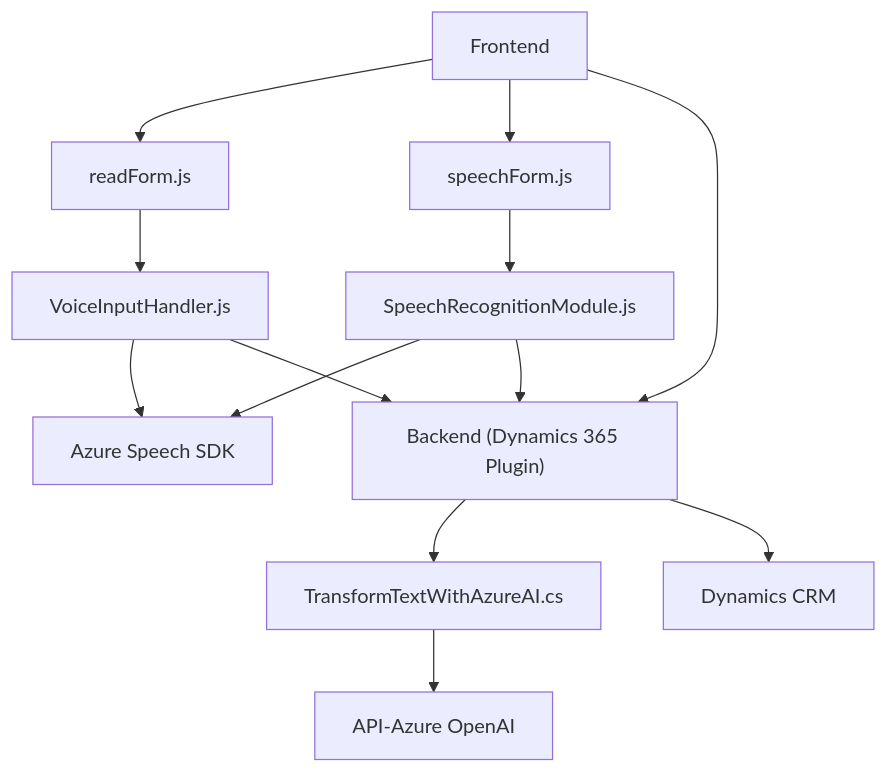
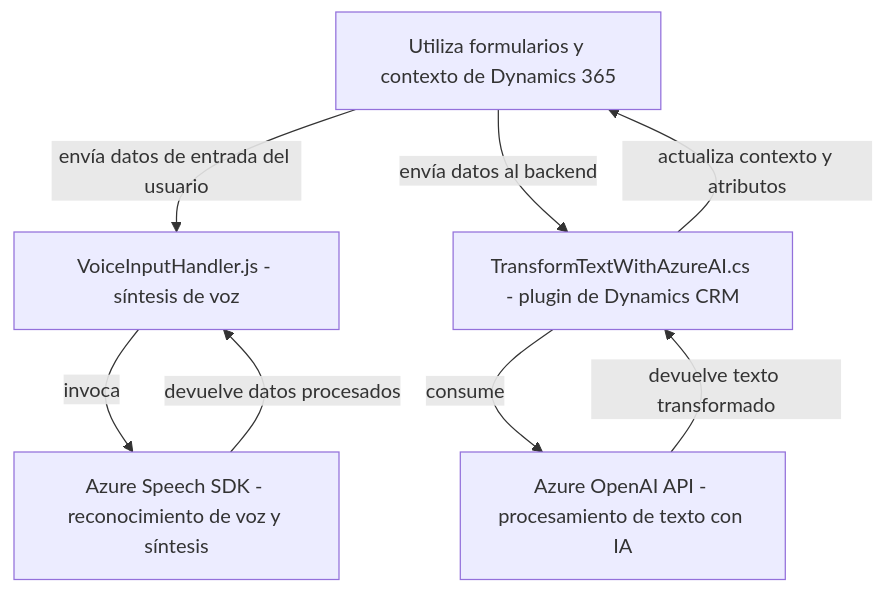
The diagram in README.md (blopezdm/NETCORE_BILBAO2025), drawn with Mermaid before and after one commit. The commit also changed other lines of this file, not shown here.

Commit message:
Actualizar análisis global de la solución con IA

````diff
--- a/README.md
+++ b/README.md
@@ -44,15 +54,11 @@
 ```mermaid
 graph TD
-    A["Frontend"] --> B["readForm.js"]
-    A --> C["speechForm.js"]
-    B --> D["VoiceInputHandler.js"]
-    C --> E["SpeechRecognitionModule.js"]
-    D --> F["Azure Speech SDK"]
-    E --> F
-    A --> G["Backend (Dynamics 365 Plugin)"]
-    G --> H["TransformTextWithAzureAI.cs"]
-    H --> I["API-Azure OpenAI"]
-    D --> G
-    E --> G
-    G --> J["Dynamics CRM"]
+    A["Utiliza formularios y contexto de Dynamics 365"]
+    A -->|envía datos de entrada del usuario| B["VoiceInputHandler.js - síntesis de voz"]
+    B -->|invoca| C["Azure Speech SDK - reconocimiento de voz y síntesis"]
+    C -->|devuelve datos procesados| B
+    A -->|envía datos al backend| D["TransformTextWithAzureAI.cs - plugin de Dynamics CRM"]
+    D -->|consume| E["Azure OpenAI API - procesamiento de texto con IA"]
+    E -->|devuelve texto transformado| D
+    D -->|actualiza contexto y atributos| A
 ```
````
